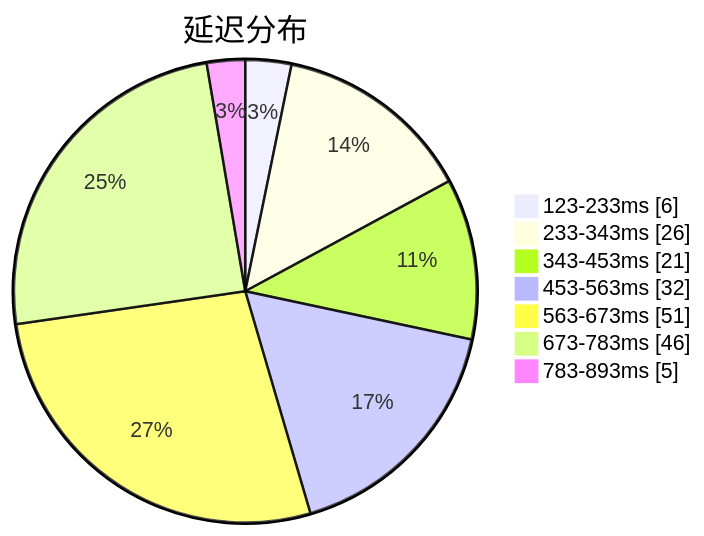
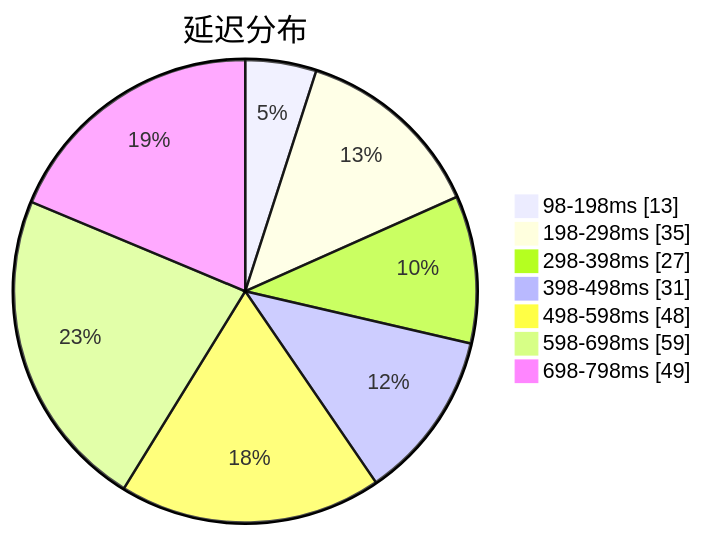
One commit to sinspired/airport changed the first of 3 diagrams in subs/statistics/tested_within.md. Above: the diagram before and after it, drawn with Mermaid. The commit also changed other lines of this file and 2 other files, not shown here.

````diff
--- a/subs/statistics/tested_within.md
+++ b/subs/statistics/tested_within.md
@@ -2,11 +2,11 @@
 ```mermaid
 pie showData
 title 延迟分布
-"123-233ms" : 6
-"233-343ms" : 26
-"343-453ms" : 21
-"453-563ms" : 32
-"563-673ms" : 51
-"673-783ms" : 46
-"783-893ms" : 5
+"98-198ms" : 13
+"198-298ms" : 35
+"298-398ms" : 27
+"398-498ms" : 31
+"498-598ms" : 48
+"598-698ms" : 59
+"698-798ms" : 49
 ```
````
